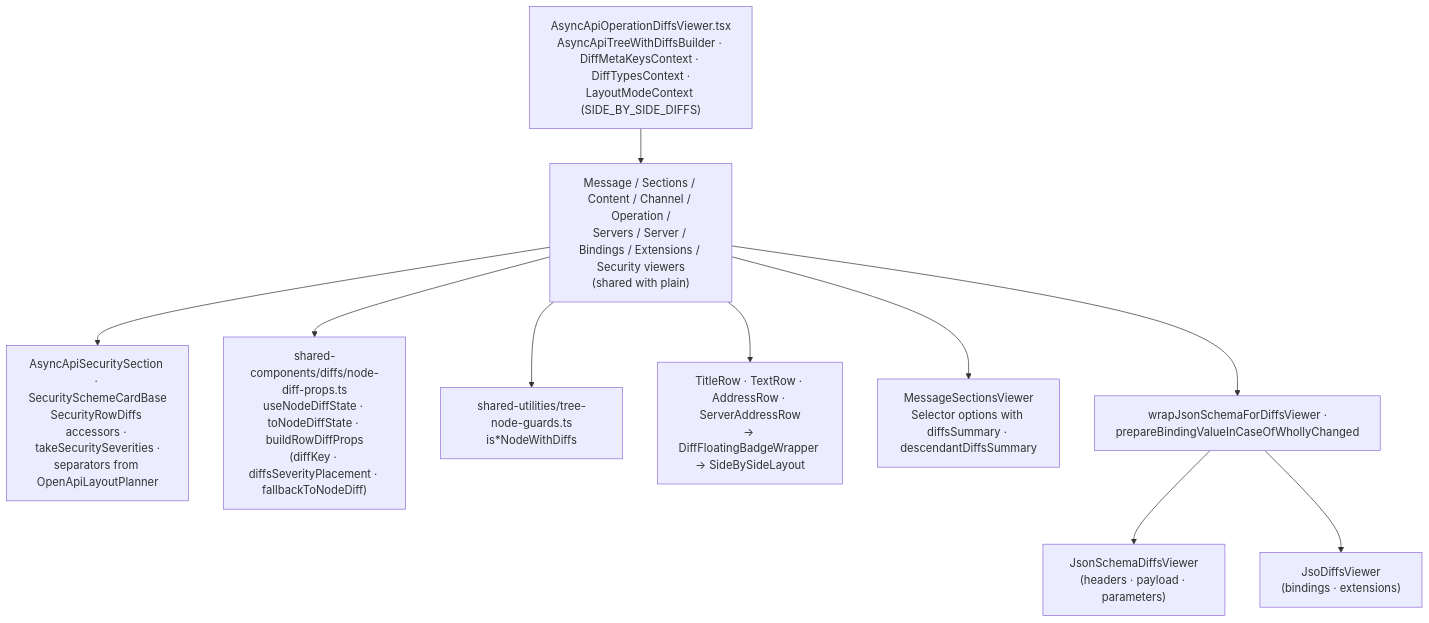
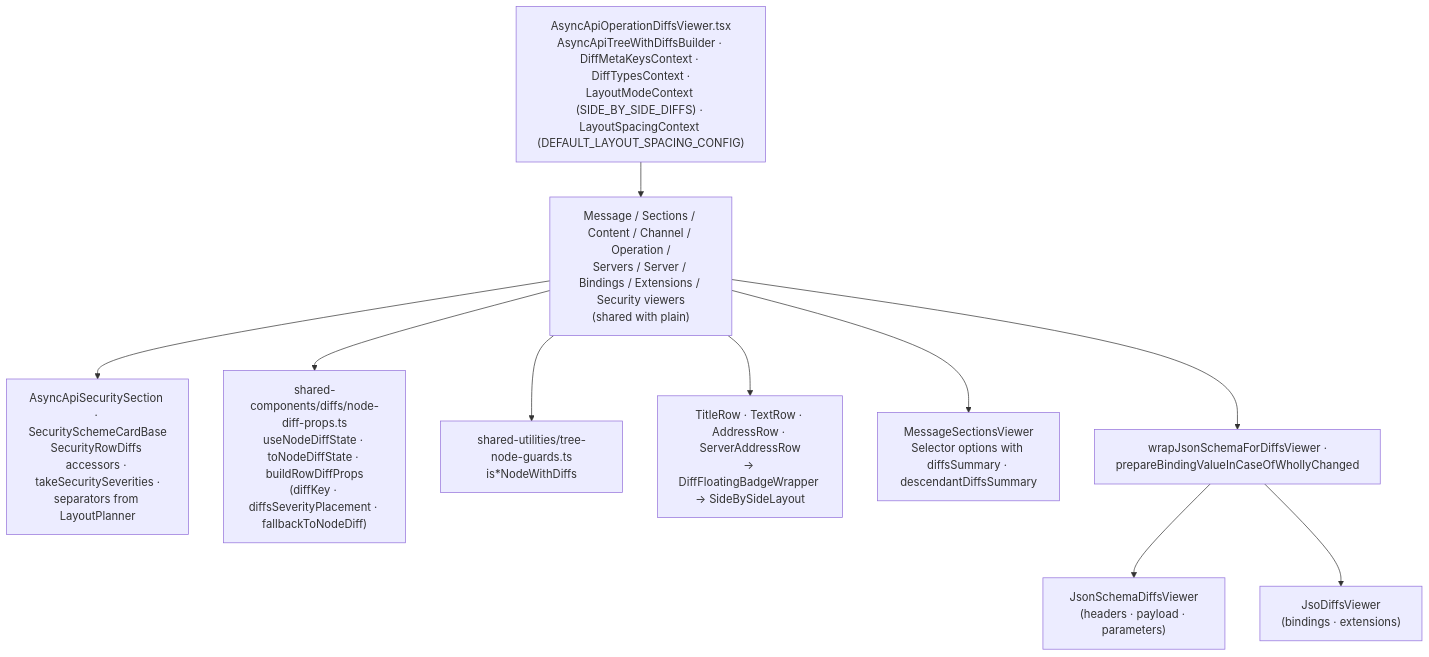
The diagram in docs/design/async-api/architecture/viewer-with-diffs.md (Netcracker/qubership-apihub-api-doc-viewer), drawn with Mermaid before and after one commit. The commit also changed 78 other files, not shown here.

Commit message:
refactor(first AI review): Stage 4 - the shared spacing engine and shared row names

````diff
--- a/docs/design/async-api/architecture/viewer-with-diffs.md
+++ b/docs/design/async-api/architecture/viewer-with-diffs.md
@@ -10,23 +10,23 @@
 ```mermaid
 flowchart TB
-  RootD["AsyncApiOperationDiffsViewer.tsx<br/>AsyncApiTreeWithDiffsBuilder · DiffMetaKeysContext · DiffTypesContext ·<br/>LayoutModeContext (SIDE_BY_SIDE_DIFFS)"]
+  RootD["AsyncApiOperationDiffsViewer.tsx<br/>AsyncApiTreeWithDiffsBuilder · DiffMetaKeysContext · DiffTypesContext ·<br/>LayoutModeContext (SIDE_BY_SIDE_DIFFS) · LayoutSpacingContext (DEFAULT_LAYOUT_SPACING_CONFIG)"]
   NodeViewers["Message / Sections / Content / Channel / Operation /<br/>Servers / Server / Bindings / Extensions / Security viewers<br/>(shared with plain)"]
-  SecurityD["AsyncApiSecuritySection · SecuritySchemeCardBase<br/>SecurityRowDiffs accessors · takeSecuritySeverities ·<br/>separators from OpenApiLayoutPlanner"]
+  SecurityD["AsyncApiSecuritySection · SecuritySchemeCardBase<br/>SecurityRowDiffs accessors · takeSecuritySeverities ·<br/>separators from LayoutPlanner"]
   DiffState["shared-components/diffs/node-diff-props.ts<br/>useNodeDiffState · toNodeDiffState · buildRowDiffProps<br/>(diffKey · diffsSeverityPlacement · fallbackToNodeDiff)"]
   Guards["shared-utilities/tree-node-guards.ts<br/>is*NodeWithDiffs"]
   Rows["TitleRow · TextRow · AddressRow · ServerAddressRow<br/>→ DiffFloatingBadgeWrapper → SideBySideLayout"]
   SectionSelector["MessageSectionsViewer<br/>Selector options with diffsSummary · descendantDiffsSummary"]
   JsonSchemaD["JsonSchemaDiffsViewer<br/>(headers · payload · parameters)"]
   JsoD["JsoDiffsViewer<br/>(bindings · extensions)"]
   Wrap["wrapJsonSchemaForDiffsViewer ·<br/>prepareBindingValueInCaseOfWhollyChanged"]
 
   RootD --> NodeViewers
   NodeViewers --> Guards
   NodeViewers --> DiffState
   NodeViewers --> Rows
   NodeViewers --> SectionSelector
   NodeViewers --> Wrap
   NodeViewers --> SecurityD
   Wrap --> JsonSchemaD
   Wrap --> JsoD
 ```
````
